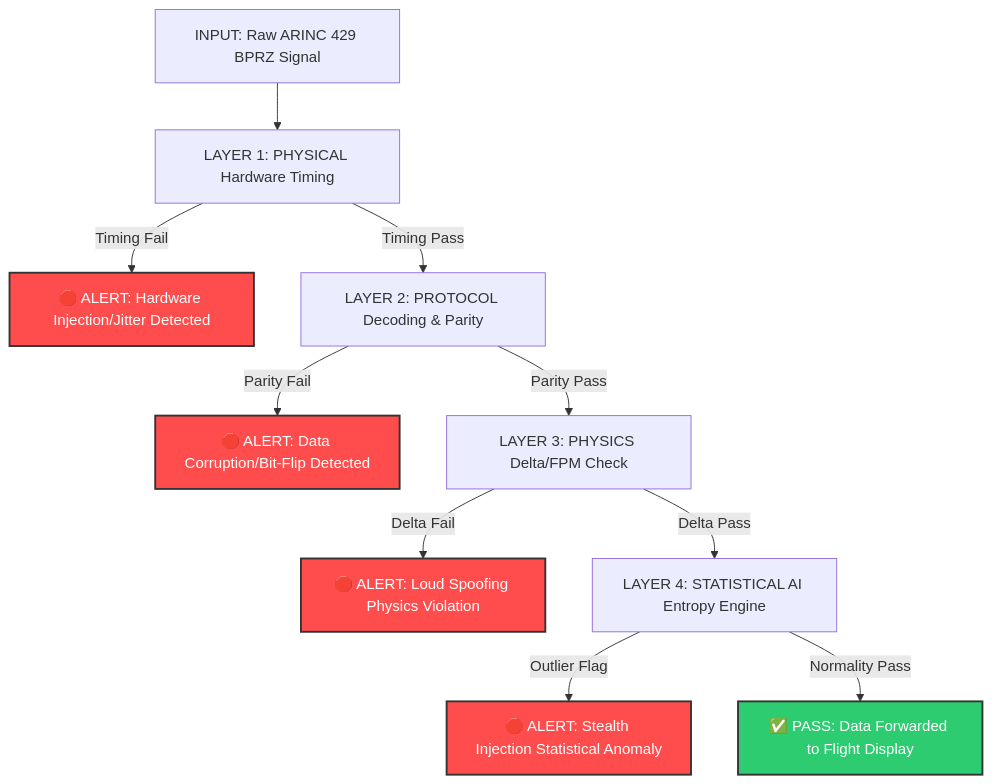
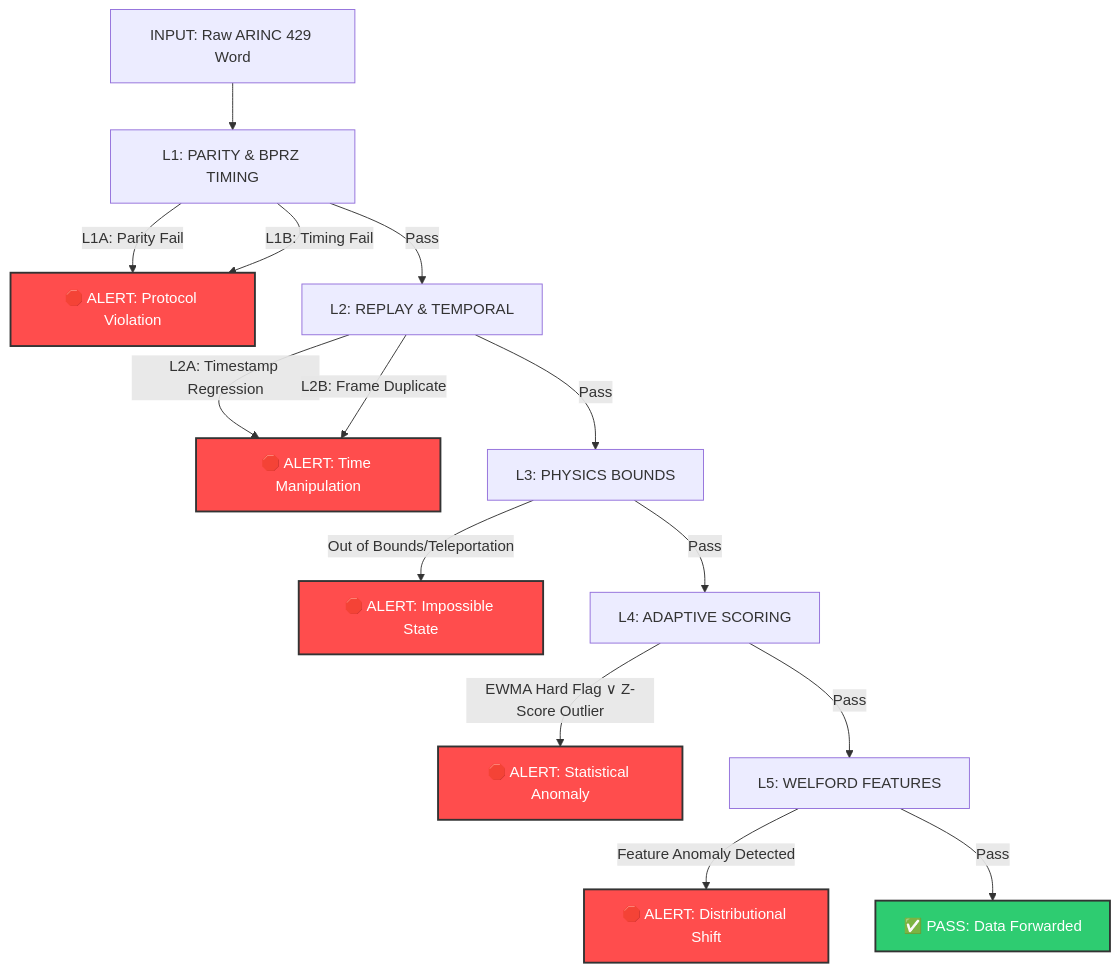
One commit to quasarx-snips/Project-ARINC-429-IDS changed the diagram in README.md. Above: the diagram before and after it, drawn with Mermaid. The commit also changed other lines of this file, not shown here.

First line of the commit message:
Update README with 5-layer pipeline architecture and comprehensive detection details

````diff
--- a/README.md
+++ b/README.md
@@ -15,21 +30,28 @@
 ```mermaid
 graph TD
-    A[INPUT: Raw ARINC 429 BPRZ Signal] --> B[LAYER 1: PHYSICAL Hardware Timing]
-    B -- Timing Fail --> C[🛑 ALERT: Hardware Injection/Jitter Detected]
-    B -- Timing Pass --> D[LAYER 2: PROTOCOL Decoding & Parity]
+    A[INPUT: Raw ARINC 429 Word] --> B[L1: PARITY & BPRZ TIMING]
     
-    D -- Parity Fail --> E[🛑 ALERT: Data Corruption/Bit-Flip Detected]
-    D -- Parity Pass --> F[LAYER 3: PHYSICS Delta/FPM Check]
+    B -- L1A: Parity Fail --> C1["🛑 ALERT: Protocol Violation"]
+    B -- L1B: Timing Fail --> C1
+    B -- Pass --> D[L2: REPLAY & TEMPORAL]
     
-    F -- Delta Fail --> G[🛑 ALERT: Loud Spoofing Physics Violation]
-    F -- Delta Pass --> H[LAYER 4: STATISTICAL AI Entropy Engine]
+    D -- L2A: Timestamp Regression --> C2["🛑 ALERT: Time Manipulation"]
+    D -- L2B: Frame Duplicate --> C2
+    D -- Pass --> E[L3: PHYSICS BOUNDS]
     
-    H -- Outlier Flag --> I[🛑 ALERT: Stealth Injection Statistical Anomaly]
-    H -- Normality Pass --> J[✅ PASS: Data Forwarded to Flight Display]
-
-    style C fill:#ff4d4d,stroke:#333,stroke-width:2px,color:#fff
-    style E fill:#ff4d4d,stroke:#333,stroke-width:2px,color:#fff
-    style G fill:#ff4d4d,stroke:#333,stroke-width:2px,color:#fff
-    style I fill:#ff4d4d,stroke:#333,stroke-width:2px,color:#fff
-    style J fill:#2ecc71,stroke:#333,stroke-width:2px,color:#fff
+    E -- Out of Bounds/Teleportation --> C3["🛑 ALERT: Impossible State"]
+    E -- Pass --> F[L4: ADAPTIVE SCORING]
+    
+    F -- EWMA Hard Flag ∨ Z-Score Outlier --> C4["🛑 ALERT: Statistical Anomaly"]
+    F -- Pass --> G[L5: WELFORD FEATURES]
+    
+    G -- Feature Anomaly Detected --> C5["🛑 ALERT: Distributional Shift"]
+    G -- Pass --> H["✅ PASS: Data Forwarded"]
+    
+    style C1 fill:#ff4d4d,stroke:#333,stroke-width:2px,color:#fff
+    style C2 fill:#ff4d4d,stroke:#333,stroke-width:2px,color:#fff
+    style C3 fill:#ff4d4d,stroke:#333,stroke-width:2px,color:#fff
+    style C4 fill:#ff4d4d,stroke:#333,stroke-width:2px,color:#fff
+    style C5 fill:#ff4d4d,stroke:#333,stroke-width:2px,color:#fff
+    style H fill:#2ecc71,stroke:#333,stroke-width:2px,color:#fff
 ```
````
